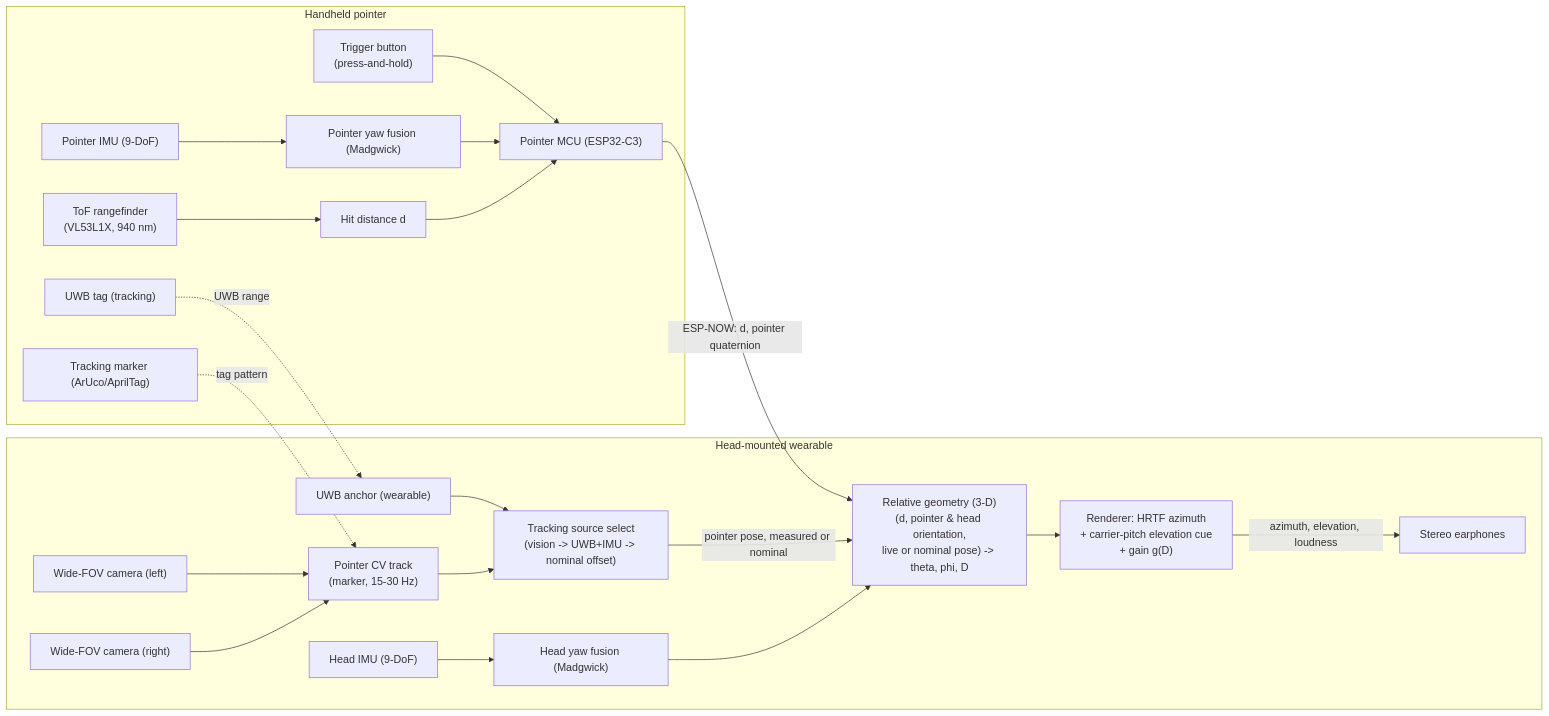
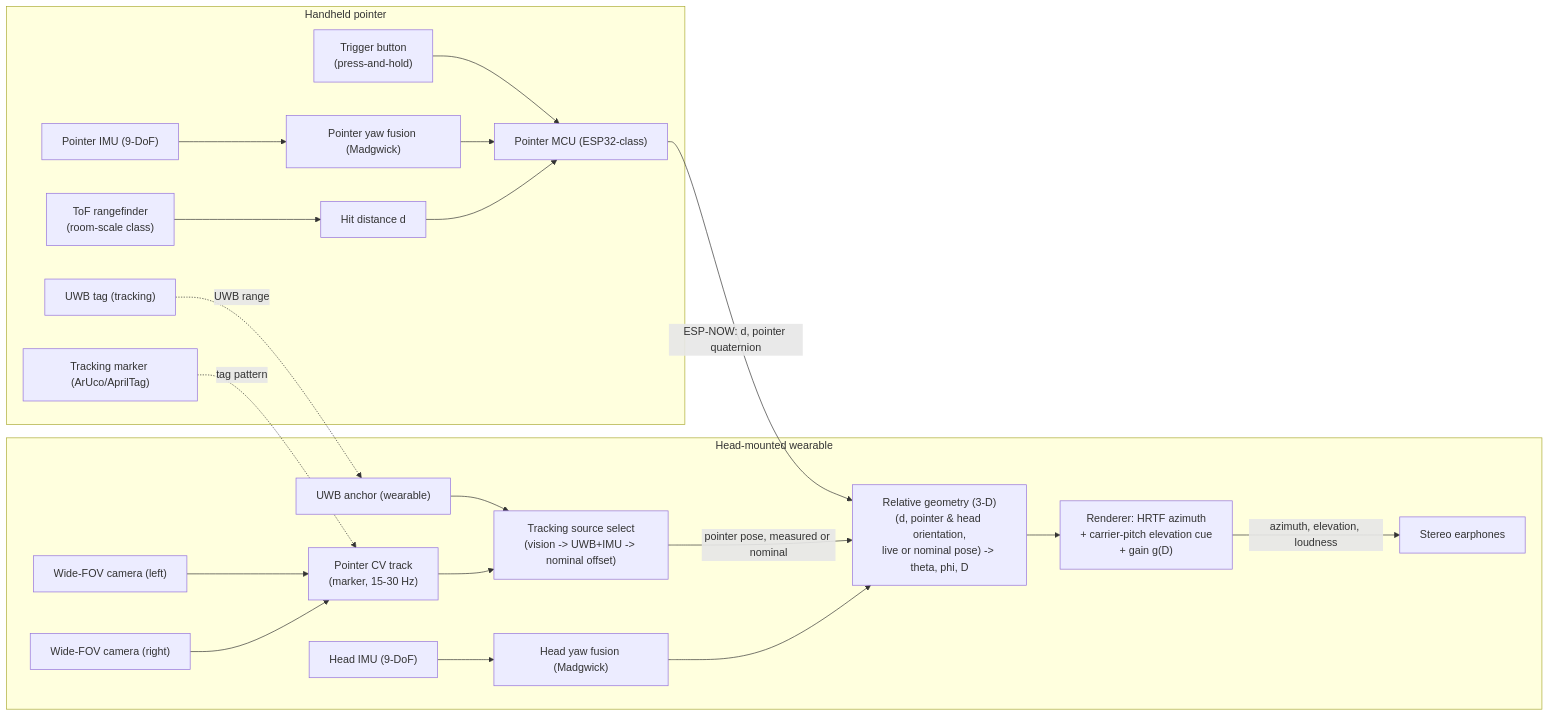
Before and after one commit to pewpil/auris: the diagram in README.md, drawn with Mermaid. The commit also changed other lines of this file and 5 other files, not shown here.

````diff
--- a/README.md
+++ b/README.md
@@ -57,26 +57,26 @@
 ```mermaid
 flowchart LR
     subgraph pointer["Handheld pointer"]
         pimu["Pointer IMU (9-DoF)"] --> pfus["Pointer yaw fusion (Madgwick)"]
-        tof["ToF rangefinder<br/>(VL53L1X, 940 nm)"] --> dist["Hit distance d"]
-        btn["Trigger button<br/>(press-and-hold)"] --> mcu1["Pointer MCU (ESP32-C3)"]
+        tof["ToF rangefinder<br/>(room-scale class)"] --> dist["Hit distance d"]
+        btn["Trigger button<br/>(press-and-hold)"] --> mcu1["Pointer MCU (ESP32-class)"]
         uwbt["UWB tag (tracking)"]
         marker["Tracking marker (ArUco/AprilTag)"]
         pfus --> mcu1
         dist --> mcu1
     end
     subgraph wearable["Head-mounted wearable"]
         himu["Head IMU (9-DoF)"] --> hfus["Head yaw fusion (Madgwick)"]
         camL["Wide-FOV camera (left)"] -->         cv["Pointer CV track<br/>(marker, 15-30 Hz)"]
         camR["Wide-FOV camera (right)"] --> cv
         uwbw["UWB anchor (wearable)"] --> src["Tracking source select<br/>(vision -> UWB+IMU -> nominal offset)"]
         cv --> src
         mcu1 -- "ESP-NOW: d, pointer quaternion" --> geo["Relative geometry (3-D)<br/>(d, pointer & head orientation,<br/>live or nominal pose) -> theta, phi, D"]
         src -- "pointer pose, measured or nominal" --> geo
         hfus --> geo
         geo --> ren["Renderer: HRTF azimuth<br/>+ carrier-pitch elevation cue<br/>+ gain g(D)"]
         ren -- "azimuth, elevation, loudness" --> spk["Stereo earphones"]
         uwbt -. "UWB range" .-> uwbw
         marker -. "tag pattern" .-> cv
     end
 ```
````
